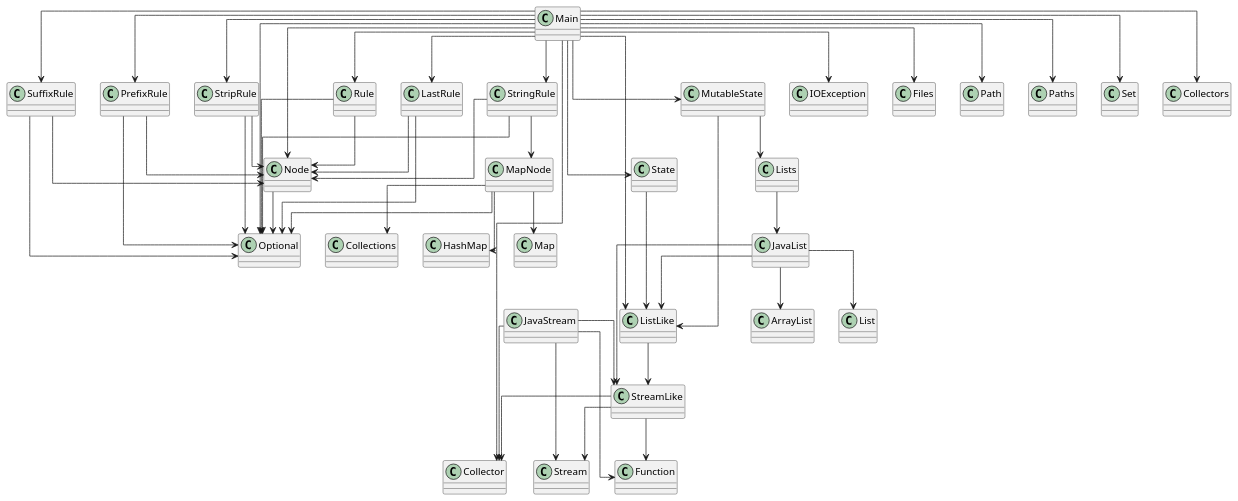
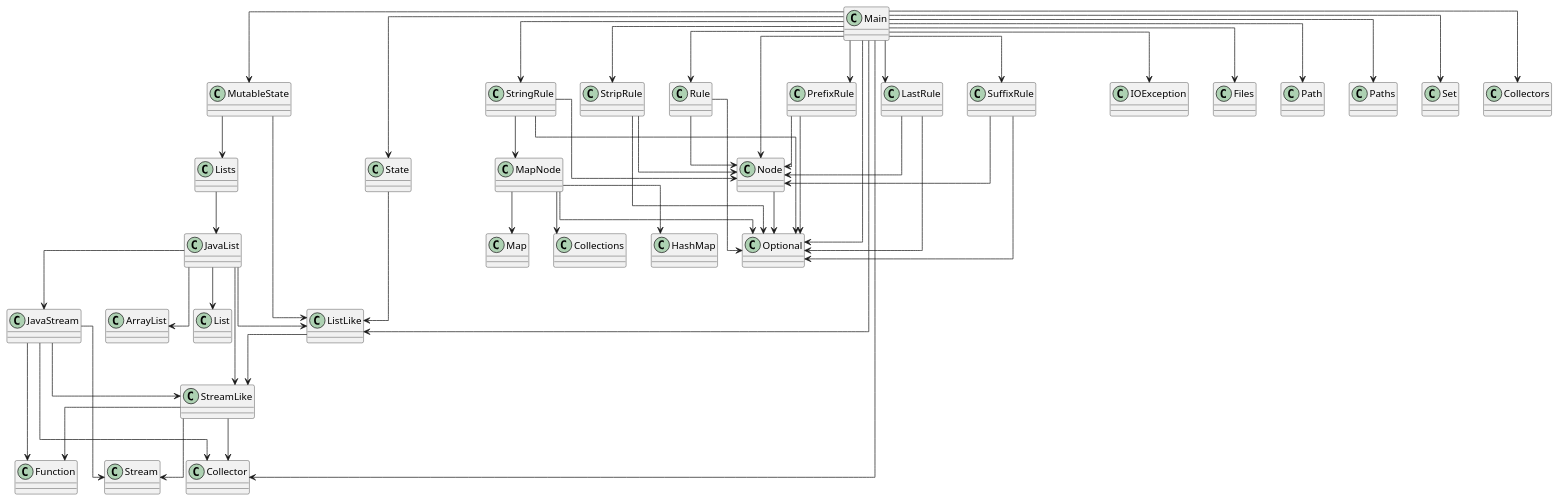
The diagram in diagram.puml (SirMathhman/Magma), drawn with PlantUML before and after one commit. The commit also changed 3 other files, not shown here.

```diff
--- a/diagram.puml
+++ b/diagram.puml
@@ -1,72 +1,73 @@
 @startuml
 skinparam linetype ortho
 class ListLike
 ListLike --> StreamLike
 class Node
 Node --> Optional
 class StripRule
 StripRule --> Node
 StripRule --> Optional
 class Rule
 Rule --> Node
 Rule --> Optional
 class StringRule
 StringRule --> MapNode
 StringRule --> Node
 StringRule --> Optional
+class JavaList
+JavaList --> JavaStream
+JavaList --> StreamLike
+JavaList --> ListLike
+JavaList --> ArrayList
+JavaList --> List
 class PrefixRule
 PrefixRule --> Node
 PrefixRule --> Optional
-class JavaStream
-JavaStream --> StreamLike
-JavaStream --> Function
-JavaStream --> Collector
-JavaStream --> Stream
 class StreamLike
 StreamLike --> Function
 StreamLike --> Collector
 StreamLike --> Stream
 class MutableState
 MutableState --> ListLike
 MutableState --> Lists
-class JavaList
-JavaList --> ListLike
-JavaList --> ArrayList
-JavaList --> List
-JavaList --> StreamLike
 class Main
 Main --> LastRule
 Main --> MutableState
 Main --> PrefixRule
 Main --> Rule
 Main --> State
 Main --> StringRule
 Main --> StripRule
 Main --> SuffixRule
 Main --> ListLike
 Main --> Node
 Main --> IOException
 Main --> Files
 Main --> Path
 Main --> Paths
 Main --> Optional
 Main --> Set
 Main --> Collector
 Main --> Collectors
 class Lists
 Lists --> JavaList
 class MapNode
 MapNode --> Collections
 MapNode --> HashMap
 MapNode --> Map
 MapNode --> Optional
 class LastRule
 LastRule --> Node
 LastRule --> Optional
 class SuffixRule
 SuffixRule --> Node
 SuffixRule --> Optional
+class JavaStream
+JavaStream --> StreamLike
+JavaStream --> Function
+JavaStream --> Collector
+JavaStream --> Stream
 class State
 State --> ListLike
 
 @enduml
```
